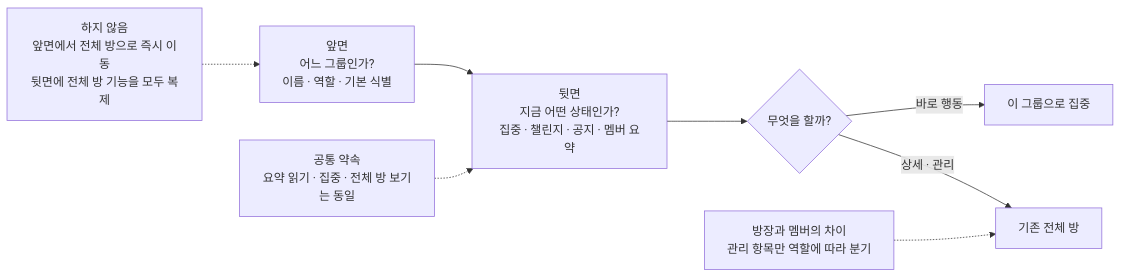
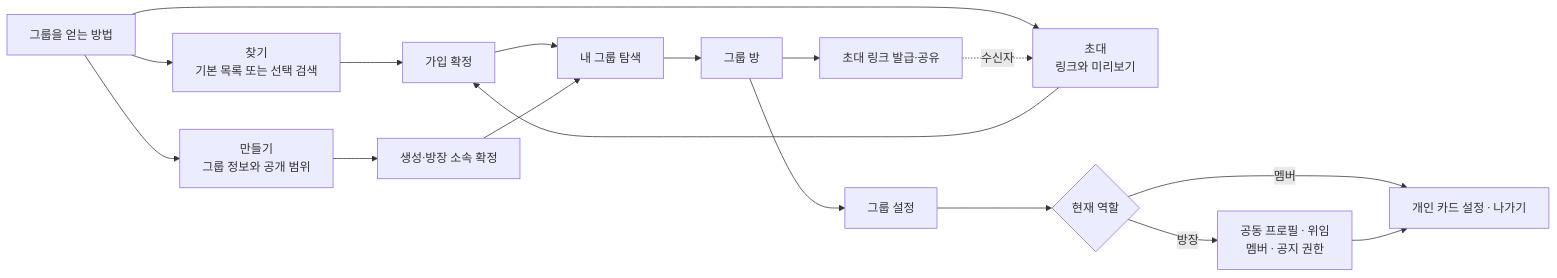
The third of 5 diagrams in docs/prd/group/information-architecture.md (OneOrThree/phone), drawn with Mermaid before and after one commit. The commit also changed other lines of this file and 17 other files, not shown here.

````diff
--- a/docs/prd/group/information-architecture.md
+++ b/docs/prd/group/information-architecture.md
@@ -54,11 +96,21 @@
 ```mermaid
 flowchart LR
-    FRONT["앞면<br/>어느 그룹인가?<br/>이름 · 역할 · 기본 식별"] --> BACK["뒷면<br/>지금 어떤 상태인가?<br/>집중 · 챌린지 · 공지 · 멤버 요약"]
-    BACK --> CHOICE{"무엇을 할까?"}
-    CHOICE -->|바로 행동| FOCUS["이 그룹으로 집중"]
-    CHOICE -->|상세 · 관리| ROOM["기존 전체 방"]
+    Start["그룹을 얻는 방법"] --> Find["찾기<br/>기본 목록 또는 선택 검색"]
+    Start --> Invite["초대<br/>링크와 미리보기"]
+    Start --> Create["만들기<br/>그룹 정보와 공개 범위"]
 
-    ROLE["방장과 멤버의 차이<br/>관리 항목만 역할에 따라 분기"] -.-> ROOM
-    COMMON["공통 약속<br/>요약 읽기 · 집중 · 전체 방 보기는 동일"] -.-> BACK
-    BOUNDARY["하지 않음<br/>앞면에서 전체 방으로 즉시 이동<br/>뒷면에 전체 방 기능을 모두 복제"] -.-> FRONT
+    Find --> Join["가입 확정"]
+    Invite --> Join
+    Create --> Created["생성·방장 소속 확정"]
+    Join --> Explore["내 그룹 탐색"]
+    Created --> Explore
+
+    Explore --> Room["그룹 방"]
+    Room --> Share["초대 링크 발급·공유"]
+    Share -.->|수신자| Invite
+    Room --> Settings["그룹 설정"]
+    Settings --> Owner{"현재 역할"}
+    Owner -->|방장| Manage["공동 프로필 · 위임<br/>멤버 · 공지 권한"]
+    Owner -->|멤버| Personal["개인 카드 설정 · 나가기"]
+    Manage --> Personal
 ```
````
